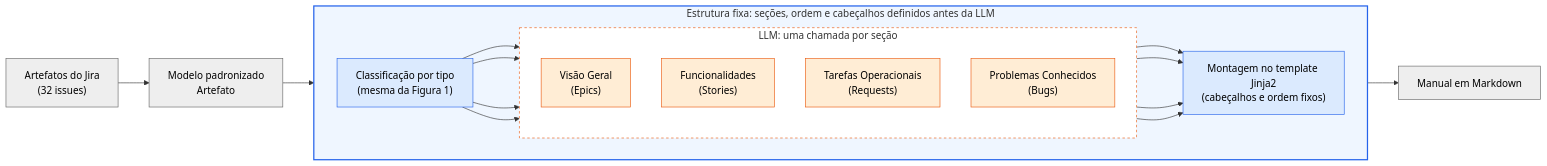
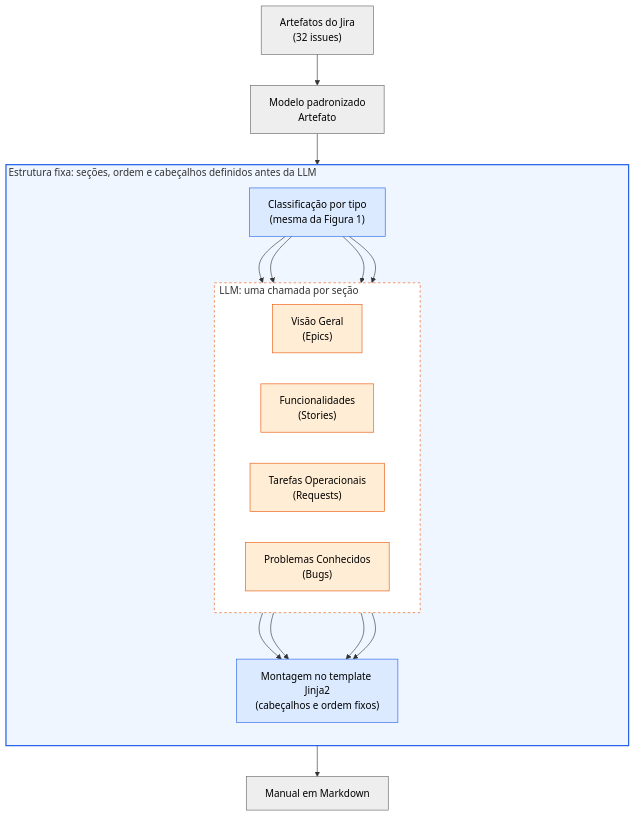
The third of 8 diagrams in docs/diagramas.md (KarenStackoski/TCC), drawn with Mermaid before and after one commit. The commit also changed other lines of this file and 4 other files, not shown here.

````diff
--- a/docs/diagramas.md
+++ b/docs/diagramas.md
@@ -107,35 +101,35 @@
 ```mermaid
-flowchart LR
+flowchart TB
     A["Artefatos do Jira<br/>(32 issues)"]:::dado
     B["Modelo padronizado<br/>Artefato"]:::dado
 
-    subgraph EST["Estrutura fixa: seções, ordem e cabeçalhos definidos antes da LLM"]
-        direction LR
+    subgraph EST["Estrutura fixa: seções, ordem e cabeçalhos definidos antes da LLM#160;#160;#160;#160;#160;#160;#160;#160;#160;#160;#160;#160;#160;#160;#160;#160;#160;#160;#160;#160;#160;#160;#160;#160;#160;#160;#160;#160;#160;#160;#160;#160;#160;#160;#160;#160;#160;#160;#160;#160;#160;#160;#160;#160;#160;#160;#160;#160;#160;#160;#160;#160;#160;#160;#160;#160;#160;#160;#160;#160;#160;#160;#160;#160;#160;#160;#160;#160;#160;#160;#160;#160;#160;#160;#160;#160;#160;#160;#160;#160;#160;#160;#160;#160;#160;#160;#160;#160;#160;#160;#160;#160;#160;#160;#160;#160;#160;#160;#160;#160;#160;#160;#160;#160;#160;#160;#160;#160;#160;#160;#160;#160;#160;#160;#160;#160;#160;#160;#160;#160;"]
+        direction TB
         C["Classificação por tipo<br/>(mesma da Figura 1)"]:::regra
 
-        subgraph SEC["LLM: uma chamada por seção"]
-            direction TB
+        subgraph SEC["LLM: uma chamada por seção#160;#160;#160;#160;#160;#160;#160;#160;#160;#160;#160;#160;#160;#160;#160;#160;#160;#160;#160;#160;#160;#160;"]
+            direction LR
             S1["Visão Geral<br/>(Epics)"]:::llm
             S2["Funcionalidades<br/>(Stories)"]:::llm
             S3["Tarefas Operacionais<br/>(Requests)"]:::llm
             S4["Problemas Conhecidos<br/>(Bugs)"]:::llm
         end
 
         T["Montagem no template Jinja2<br/>(cabeçalhos e ordem fixos)"]:::regra
     end
 
     F["Manual em Markdown"]:::dado
 
     A --> B --> C
     C --> S1 & S2 & S3 & S4
     S1 & S2 & S3 & S4 --> T
     T --> F
 
     style EST fill:#eff6ff,stroke:#2563eb,stroke-width:2px
     style SEC fill:#ffffff,stroke:#ea580c,stroke-dasharray:4 4
 
     classDef dado fill:#eeeeee,stroke:#666,color:#000;
     classDef regra fill:#dbeafe,stroke:#2563eb,color:#000;
     classDef llm fill:#ffedd5,stroke:#ea580c,color:#000;
     classDef humano fill:#dcfce7,stroke:#16a34a,color:#000;
 ```
````
